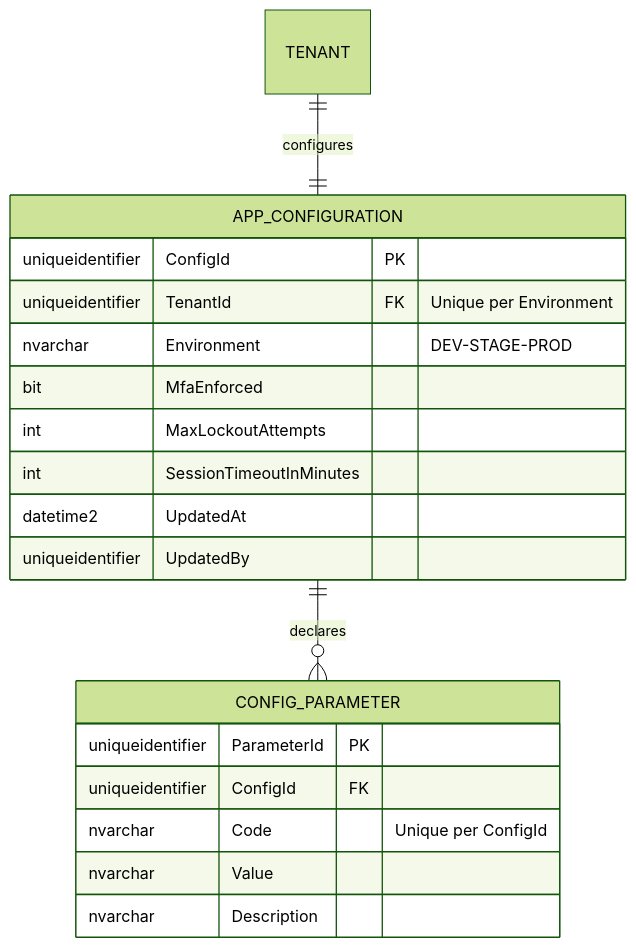
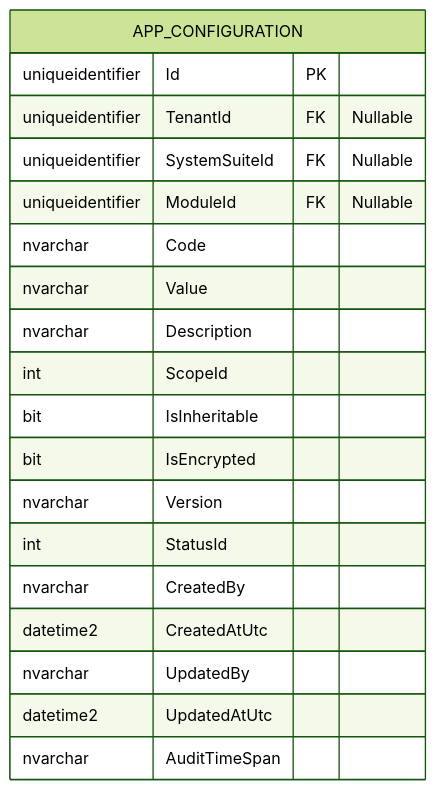
Before and after one commit to beyondnetcode/ums: the third of 3 diagrams in docs/domain/configuration/app-configuration.md, drawn with Mermaid (forest theme). The commit also changed other lines of this file and 19 other files, not shown here.

````diff
--- a/docs/domain/configuration/app-configuration.md
+++ b/docs/domain/configuration/app-configuration.md
@@ -132,23 +128,22 @@
 ```mermaid
 erDiagram
-    TENANT ||--|| APP_CONFIGURATION : "configures"
-    APP_CONFIGURATION ||--o{ CONFIG_PARAMETER : "declares"
-
     APP_CONFIGURATION {
-        uniqueidentifier ConfigId PK
-        uniqueidentifier TenantId FK "Unique per Environment"
-        nvarchar Environment "DEV-STAGE-PROD"
-        bit MfaEnforced
-        int MaxLockoutAttempts
-        int SessionTimeoutInMinutes
-        datetime2 UpdatedAt
-        uniqueidentifier UpdatedBy
-    }
-    CONFIG_PARAMETER {
-        uniqueidentifier ParameterId PK
-        uniqueidentifier ConfigId FK
-        nvarchar Code "Unique per ConfigId"
+        uniqueidentifier Id PK
+        uniqueidentifier TenantId FK "Nullable"
+        uniqueidentifier SystemSuiteId FK "Nullable"
+        uniqueidentifier ModuleId FK "Nullable"
+        nvarchar Code
         nvarchar Value
         nvarchar Description
+        int ScopeId
+        bit IsInheritable
+        bit IsEncrypted
+        nvarchar Version
+        int StatusId
+        nvarchar CreatedBy
+        datetime2 CreatedAtUtc
+        nvarchar UpdatedBy
+        datetime2 UpdatedAtUtc
+        nvarchar AuditTimeSpan
     }
 ```
````
